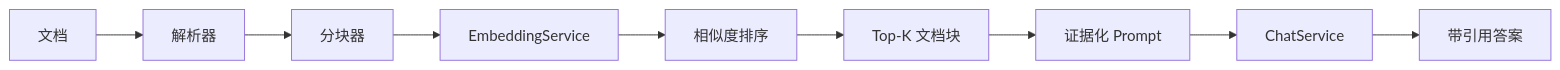
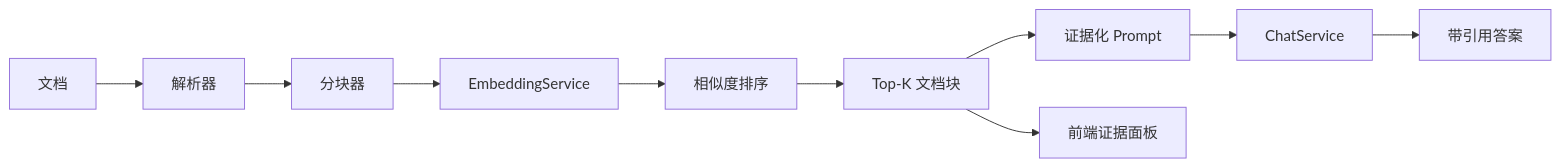
One commit to ChinaYiqun/java-rag changed the diagram in README_ch.md. Above: the diagram before and after it, drawn with Mermaid. The commit also changed other lines of this file and 20 other files, not shown here.

````diff
--- a/README_ch.md
+++ b/README_ch.md
@@ -74,11 +94,12 @@
 ```mermaid
 flowchart LR
     A[文档] --> B[解析器]
     B --> C[分块器]
     C --> D[EmbeddingService]
     D --> E[相似度排序]
     E --> F[Top-K 文档块]
     F --> G[证据化 Prompt]
     G --> H[ChatService]
     H --> I[带引用答案]
+    F --> J[前端证据面板]
 ```
````
